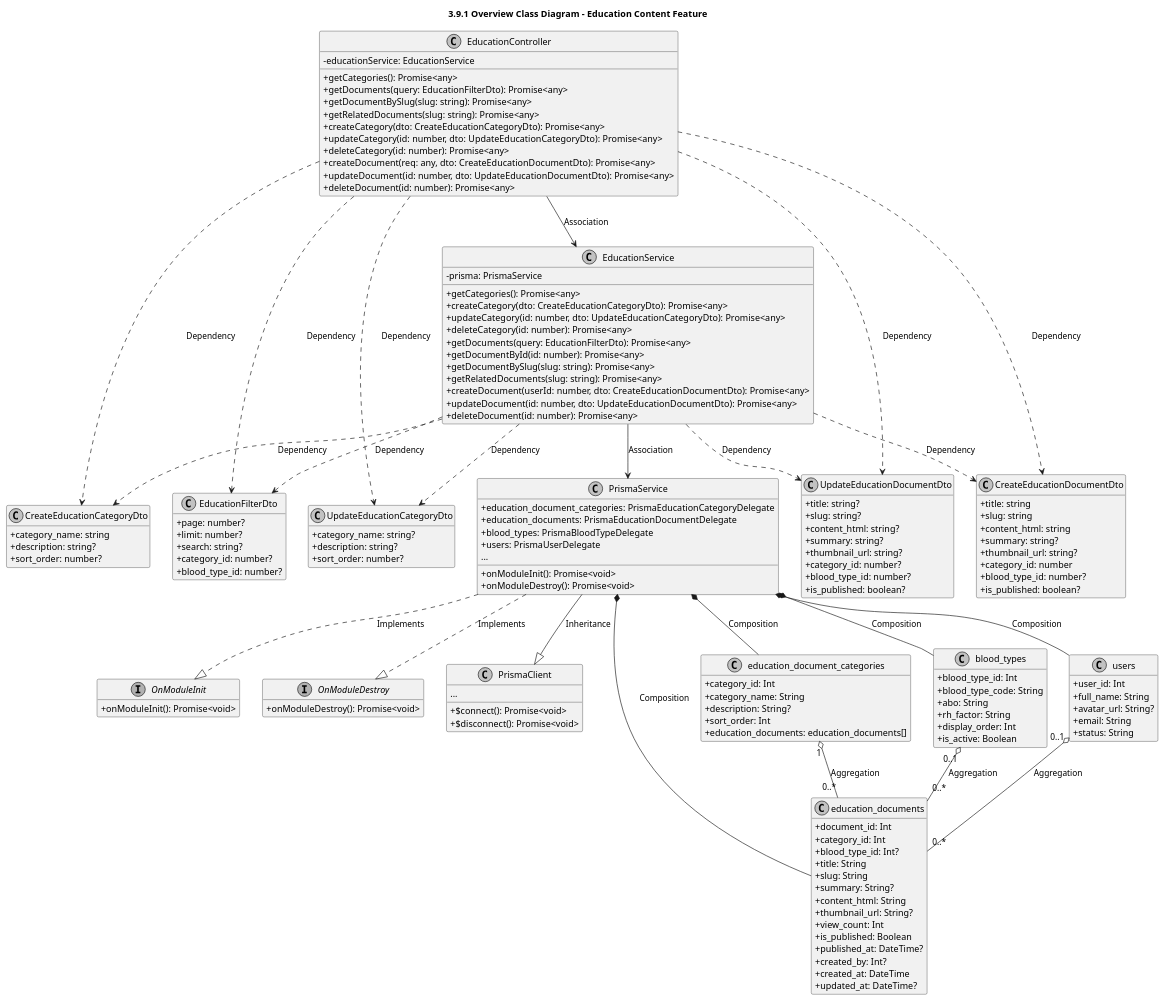
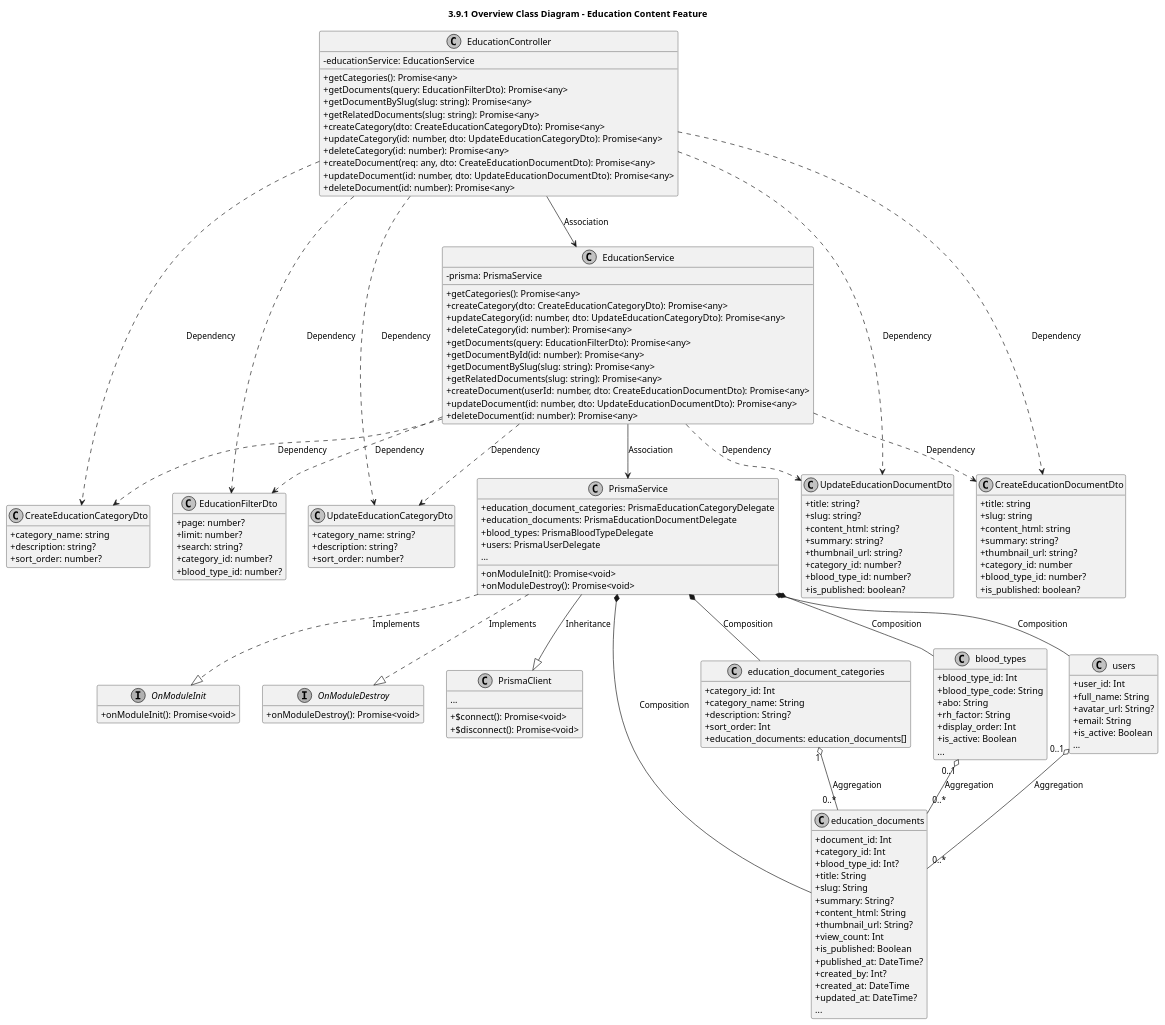
One commit to CuongBC195/class-diagram-donation-blood changed the first of 3 diagrams in modules_plantuml/09_education.md. Above: the diagram before and after it, drawn with PlantUML. The commit also changed other lines of this file and 39 other files, not shown here.

Commit message:
fix(diagrams): apply strict ellipsis rules and synchronize entity/DTO relationships across all 13 modules

```diff
--- a/modules_plantuml/09_education.md
+++ b/modules_plantuml/09_education.md
@@ -130,6 +130,7 @@
   +created_by: Int?
   +created_at: DateTime
   +updated_at: DateTime?
+  ...
 }
 
 class blood_types {
@@ -139,6 +140,7 @@
   +rh_factor: String
   +display_order: Int
   +is_active: Boolean
+  ...
 }
 
 class users {
@@ -146,7 +148,8 @@
   +full_name: String
   +avatar_url: String?
   +email: String
-  +status: String
+  +is_active: Boolean
+  ...
 }
 
 EducationController --> EducationService : Association
```
